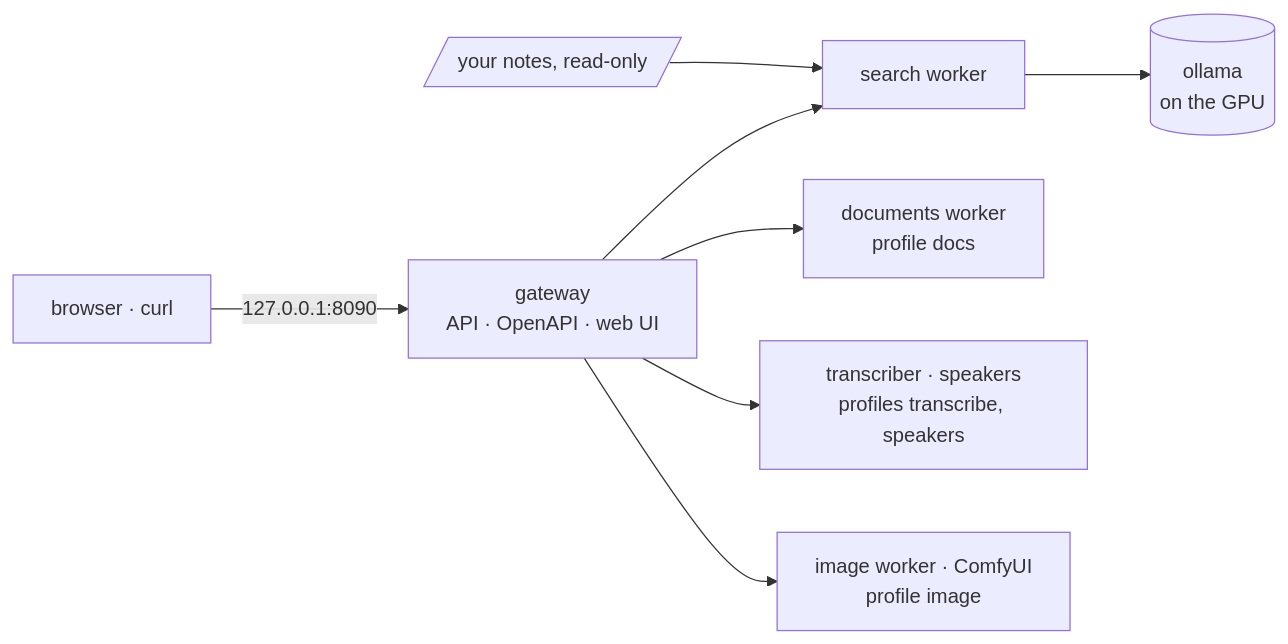
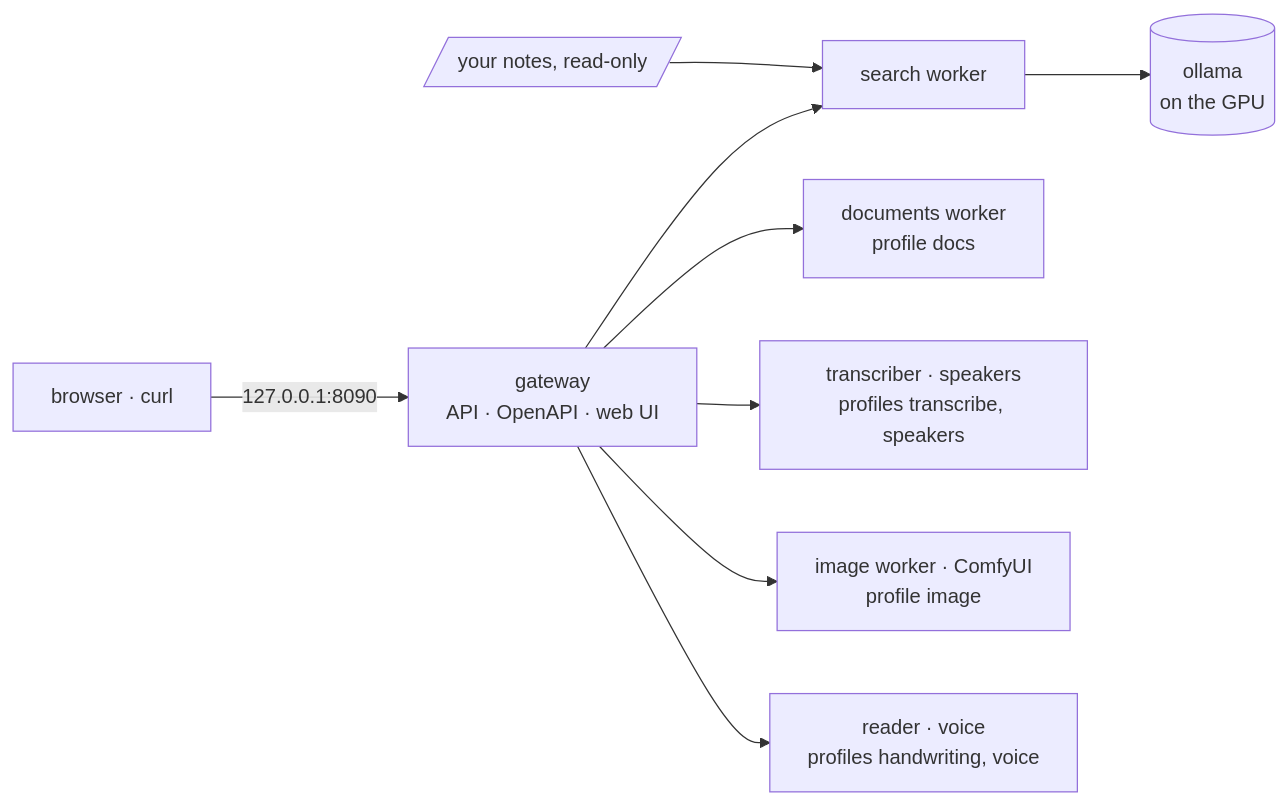
The diagram in README.md (manzolo/local-ai-core), drawn with Mermaid before and after one commit. The commit also changed other lines of this file and 55 other files, not shown here.

````diff
--- a/README.md
+++ b/README.md
@@ -62,10 +66,11 @@
 ```mermaid
 flowchart LR
     U[browser · curl] -->|127.0.0.1:8090| G[gateway<br/>API · OpenAPI · web UI]
     G --> S[search worker]
     G --> D[documents worker<br/>profile docs]
     G --> T[transcriber · speakers<br/>profiles transcribe, speakers]
     G --> I[image worker · ComfyUI<br/>profile image]
+    G --> R[reader · voice<br/>profiles handwriting, voice]
     S --> O[(ollama<br/>on the GPU)]
     N[/your notes, read-only/] --> S
 ```
````
